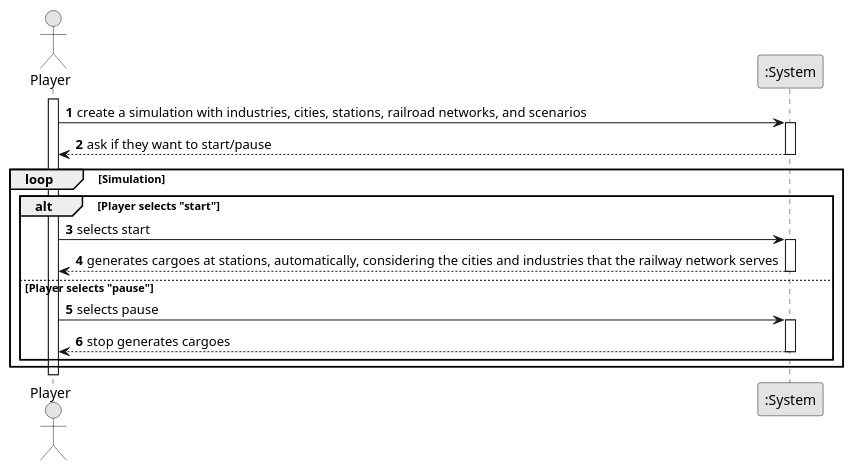
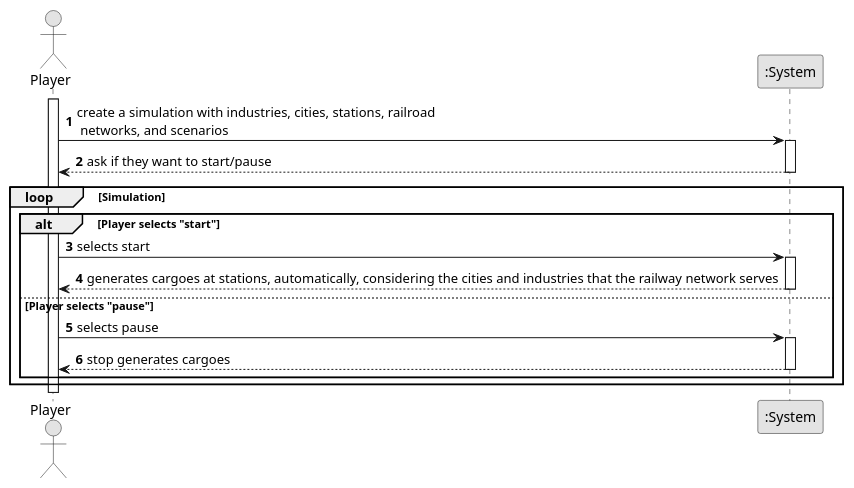
The diagram in docs/system-documentation/US012/01.requirements-engineering/puml/US012-SSD.puml (1240826/empire-on-tracks), drawn with PlantUML before and after one commit. The commit also changed 7 other files, not shown here.

```diff
--- a/docs/system-documentation/US012/01.requirements-engineering/puml/US012-SSD.puml
+++ b/docs/system-documentation/US012/01.requirements-engineering/puml/US012-SSD.puml
@@ -1,32 +1,34 @@
 @startuml
 skinparam monochrome true
 skinparam packageStyle rectangle
 skinparam shadowing false
 
 autonumber
 
 actor "Player" as Owner
 participant ":System" as System
 
 activate Owner
 
-    Owner -> System : create a simulation with industries, cities, stations, railroad networks, and scenarios
+    Owner -> System : create a simulation with industries, cities, stations, railroad \n networks, and scenarios
     activate System
         System --> Owner : ask if they want to start/pause
     deactivate System
 
     loop Simulation
         alt Player selects "start"
             Owner -> System : selects start
             activate System
+
                 System --> Owner : generates cargoes at stations, automatically, considering the cities and industries that the railway network serves
             deactivate System
         else Player selects "pause"
             Owner -> System : selects pause
             activate System
+
                 System --> Owner : stop generates cargoes
             deactivate System
         end
     end
 
 @enduml
```
